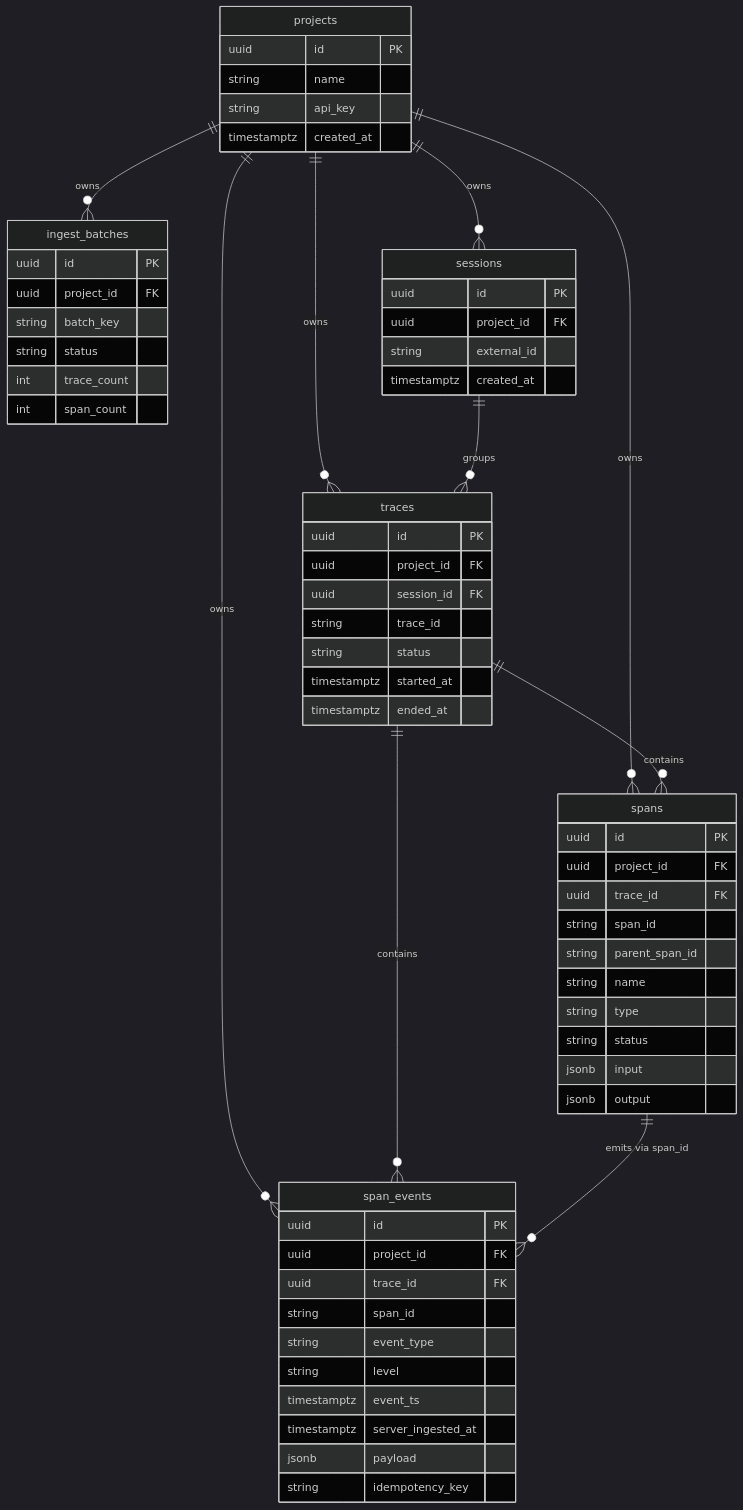
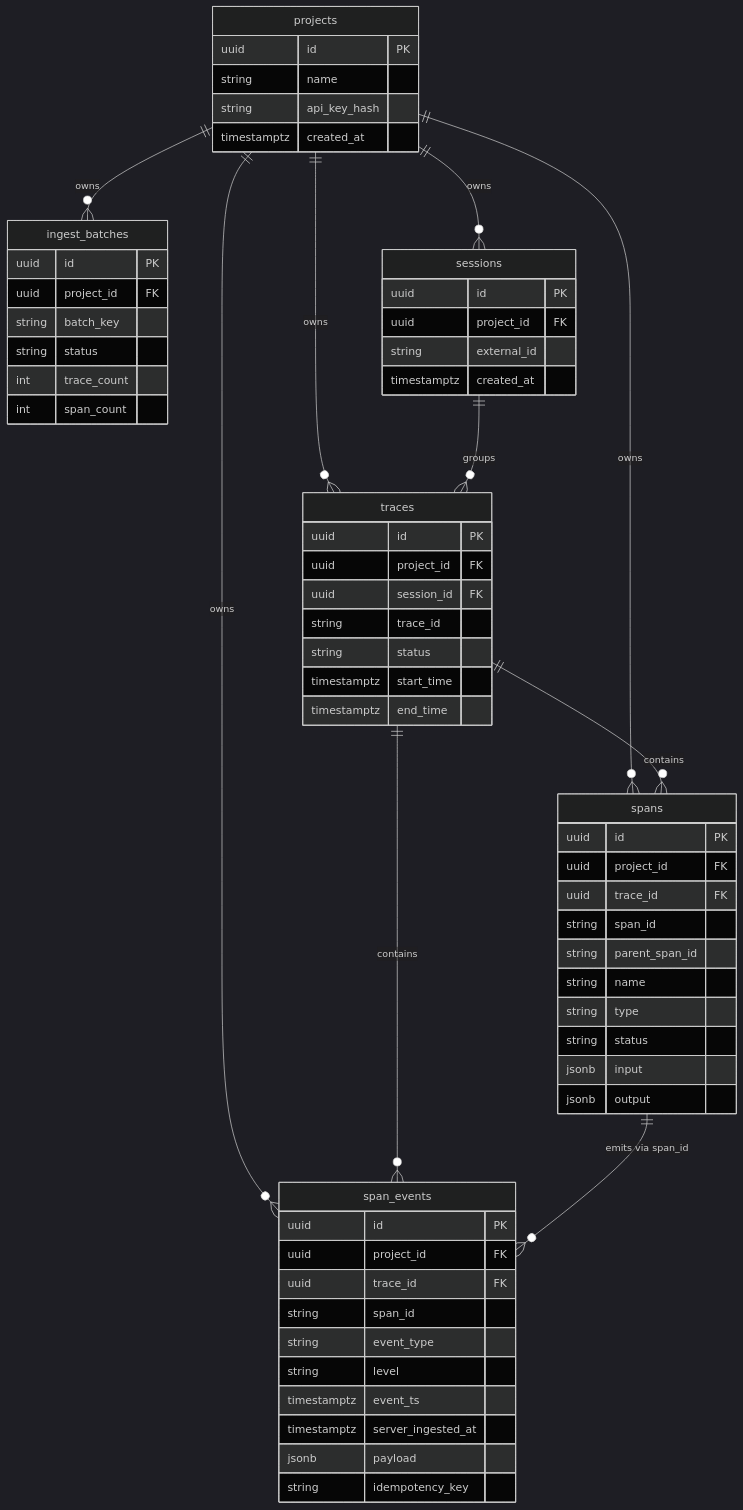
The diagram in docs-site/concepts/data-model.mdx (aryanVijaywargia/Continua), drawn with Mermaid (dark theme) before and after one commit. The commit also changed other lines of this file, not shown here.

Commit message:
docs(data-model): correct projects/traces column names and the payloads note
projects stores api_key_hash (not api_key) and traces uses start_time/end_time (not started_at/ended_at), per the migration and generated models. Also clarify that the legacy payloads table still exists in the schema but is dormant — the runtime stores trace/span bodies inline on traces/spans rather than in that table.

````diff
--- a/docs-site/concepts/data-model.mdx
+++ b/docs-site/concepts/data-model.mdx
@@ -6,66 +6,66 @@
 ```mermaid
 erDiagram
   projects ||--o{ ingest_batches : "owns"
   projects ||--o{ sessions : "owns"
   projects ||--o{ traces : "owns"
   projects ||--o{ spans : "owns"
   projects ||--o{ span_events : "owns"
   sessions ||--o{ traces : "groups"
   traces ||--o{ spans : "contains"
   traces ||--o{ span_events : "contains"
   spans ||--o{ span_events : "emits via span_id"
 
   projects {
     uuid id PK
     string name
-    string api_key
+    string api_key_hash
     timestamptz created_at
   }
   ingest_batches {
     uuid id PK
     uuid project_id FK
     string batch_key
     string status
     int trace_count
     int span_count
   }
   sessions {
     uuid id PK
     uuid project_id FK
     string external_id
     timestamptz created_at
   }
   traces {
     uuid id PK
     uuid project_id FK
     uuid session_id FK
     string trace_id
     string status
-    timestamptz started_at
-    timestamptz ended_at
+    timestamptz start_time
+    timestamptz end_time
   }
   spans {
     uuid id PK
     uuid project_id FK
     uuid trace_id FK
     string span_id
     string parent_span_id
     string name
     string type
     string status
     jsonb input
     jsonb output
   }
   span_events {
     uuid id PK
     uuid project_id FK
     uuid trace_id FK
     string span_id
     string event_type
     string level
     timestamptz event_ts
     timestamptz server_ingested_at
     jsonb payload
     string idempotency_key
   }
 ```
````
